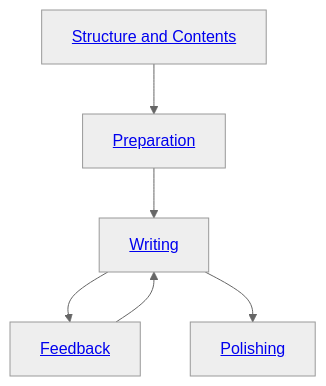
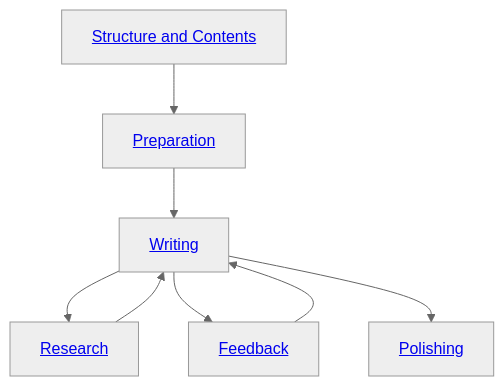
The diagram in docs/writing_section.md (digital-work-lab/theses), drawn with Mermaid (neutral theme) before and after one commit. The commit also changed other lines of this file and 6 other files, not shown here.

````diff
--- a/docs/writing_section.md
+++ b/docs/writing_section.md
@@ -26,8 +26,10 @@
 ```mermaid
 flowchart
     structure_and_contents["<a href='#structure-and-contents'>Structure and Contents</a>"] --> preparation["<a href='#preparation-phase'>Preparation</a>"]
     preparation --> writing["<a href='#writing-phase'>Writing</a>"]
+    research --> writing
+    writing --> research["<a href='#research'>Research</a>"]
     writing --> feedback["<a href='#feedback'>Feedback</a>"]
     feedback --> writing
     writing --> polishing["<a href='#polishing-phase'>Polishing</a>"]
 ```
````
